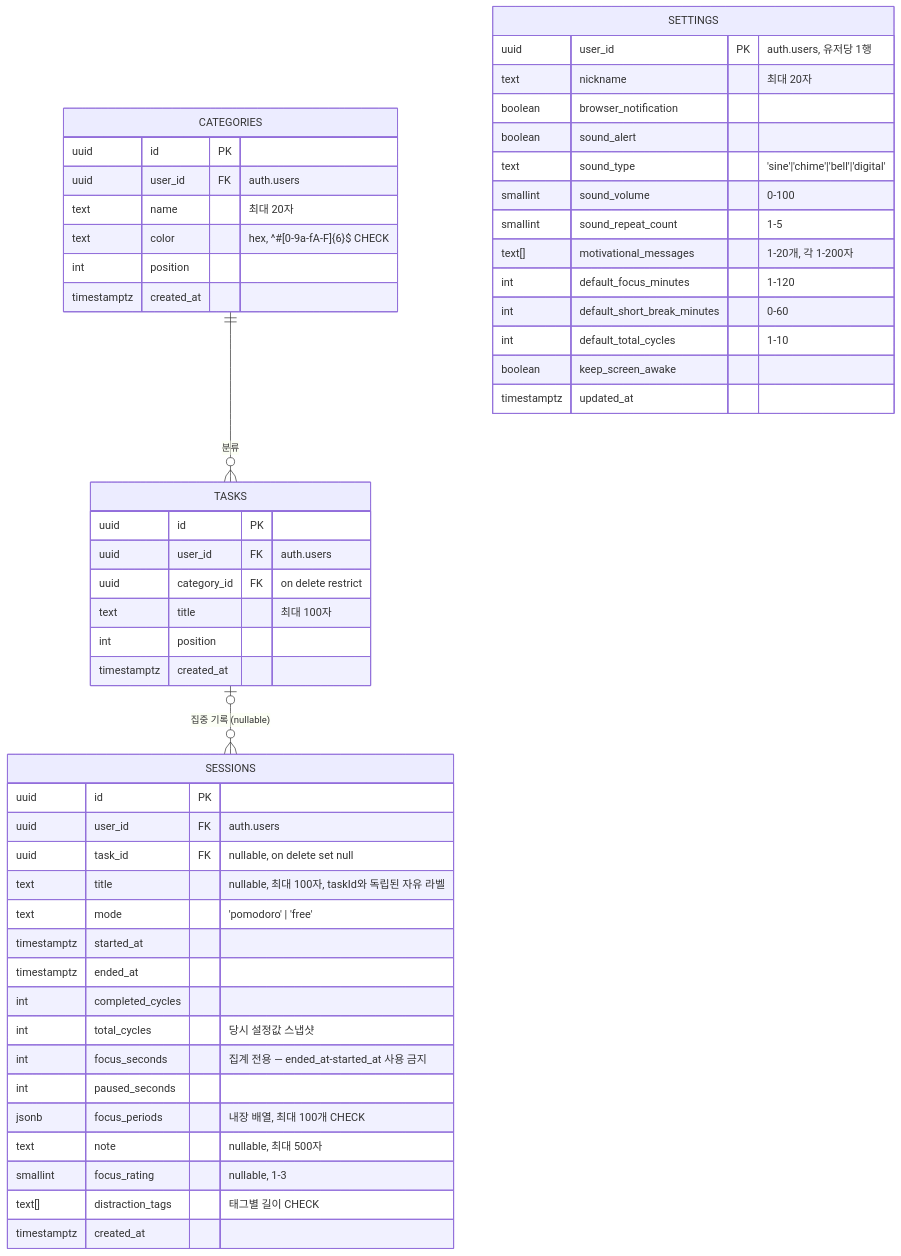
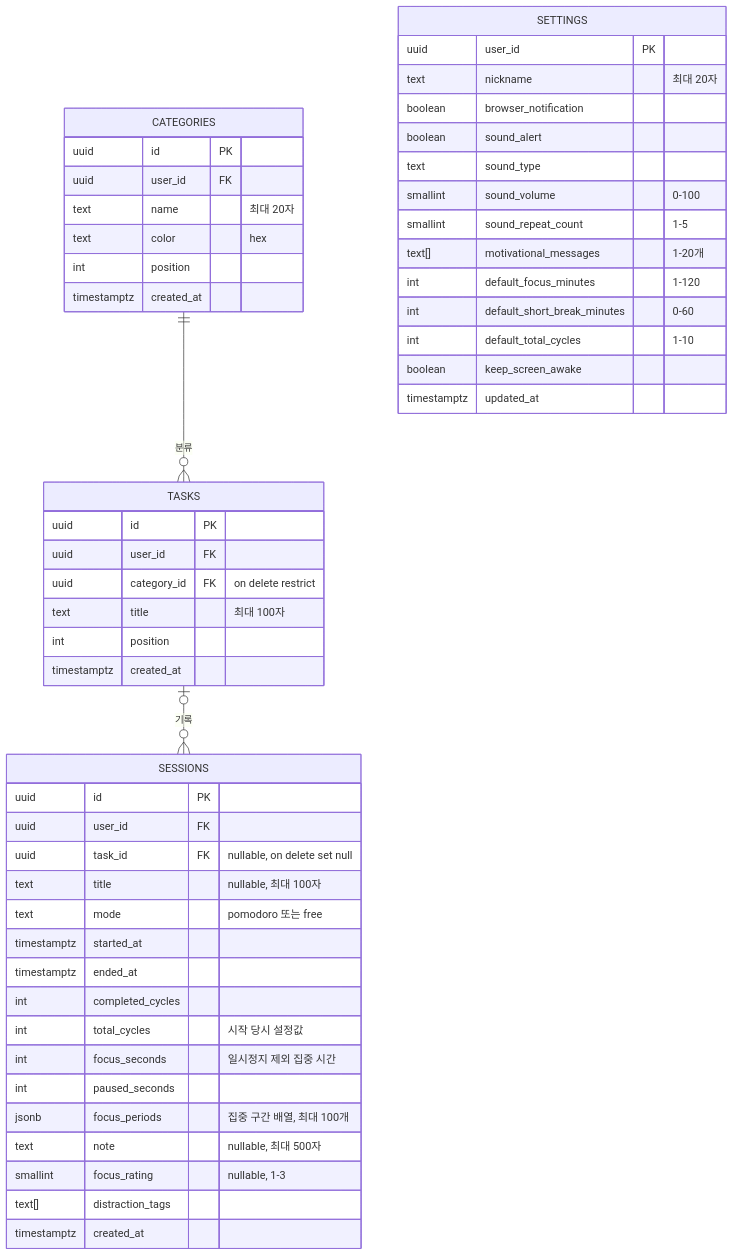
Before and after one commit to aaaz425/pomodash: the diagram in docs/specs/ERD.md, drawn with Mermaid. The commit also changed other lines of this file, not shown here.

Commit message:
docs: ERD 구성과 문체 정리

````diff
--- a/docs/specs/ERD.md
+++ b/docs/specs/ERD.md
@@ -9,58 +8,58 @@
 ```mermaid
 erDiagram
     CATEGORIES {
         uuid id PK
-        uuid user_id FK "auth.users"
+        uuid user_id FK
         text name "최대 20자"
-        text color "hex, ^#[0-9a-fA-F]{6}$ CHECK"
+        text color "hex"
         int position
         timestamptz created_at
     }
 
     TASKS {
         uuid id PK
-        uuid user_id FK "auth.users"
+        uuid user_id FK
         uuid category_id FK "on delete restrict"
         text title "최대 100자"
         int position
         timestamptz created_at
     }
 
     SESSIONS {
         uuid id PK
-        uuid user_id FK "auth.users"
+        uuid user_id FK
         uuid task_id FK "nullable, on delete set null"
-        text title "nullable, 최대 100자, taskId와 독립된 자유 라벨"
-        text mode "'pomodoro' | 'free'"
+        text title "nullable, 최대 100자"
+        text mode "pomodoro 또는 free"
         timestamptz started_at
         timestamptz ended_at
         int completed_cycles
-        int total_cycles "당시 설정값 스냅샷"
-        int focus_seconds "집계 전용 — ended_at-started_at 사용 금지"
+        int total_cycles "시작 당시 설정값"
+        int focus_seconds "일시정지 제외 집중 시간"
         int paused_seconds
-        jsonb focus_periods "내장 배열, 최대 100개 CHECK"
+        jsonb focus_periods "집중 구간 배열, 최대 100개"
         text note "nullable, 최대 500자"
         smallint focus_rating "nullable, 1-3"
-        text[] distraction_tags "태그별 길이 CHECK"
+        text[] distraction_tags
         timestamptz created_at
     }
 
     SETTINGS {
-        uuid user_id PK "auth.users, 유저당 1행"
+        uuid user_id PK
         text nickname "최대 20자"
         boolean browser_notification
         boolean sound_alert
-        text sound_type "'sine'|'chime'|'bell'|'digital'"
+        text sound_type
         smallint sound_volume "0-100"
         smallint sound_repeat_count "1-5"
-        text[] motivational_messages "1-20개, 각 1-200자"
+        text[] motivational_messages "1-20개"
         int default_focus_minutes "1-120"
         int default_short_break_minutes "0-60"
         int default_total_cycles "1-10"
         boolean keep_screen_awake
         timestamptz updated_at
     }
 
     CATEGORIES ||--o{ TASKS : "분류"
-    TASKS |o--o{ SESSIONS : "집중 기록 (nullable)"
+    TASKS |o--o{ SESSIONS : "기록"
 ```
````
